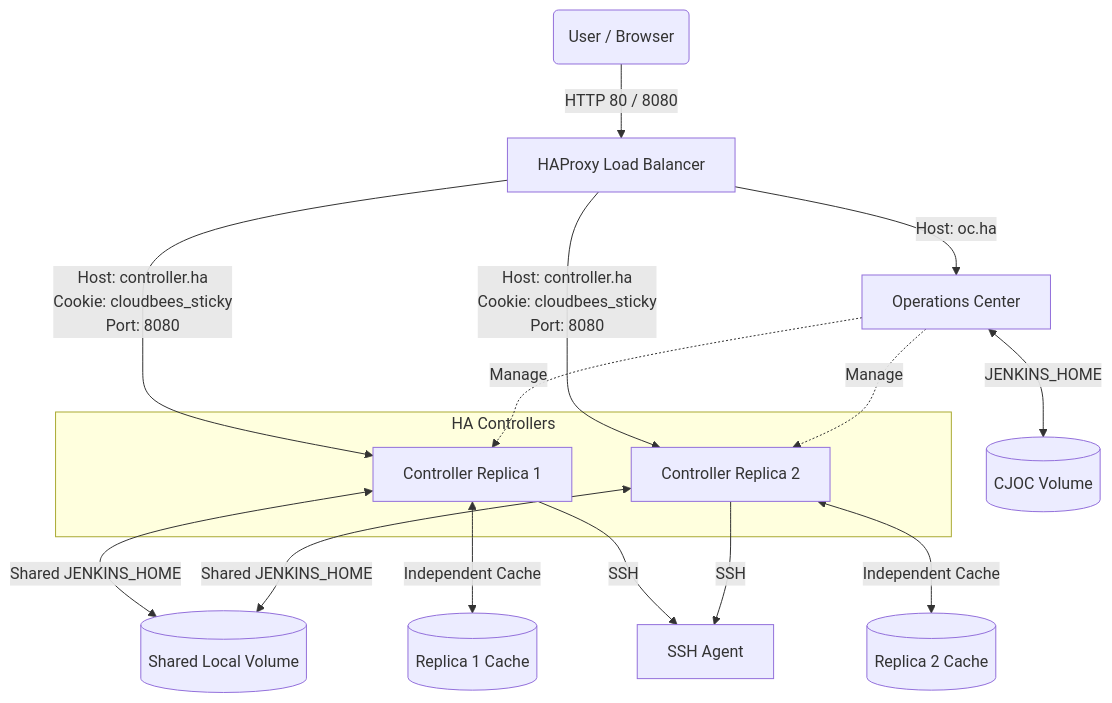
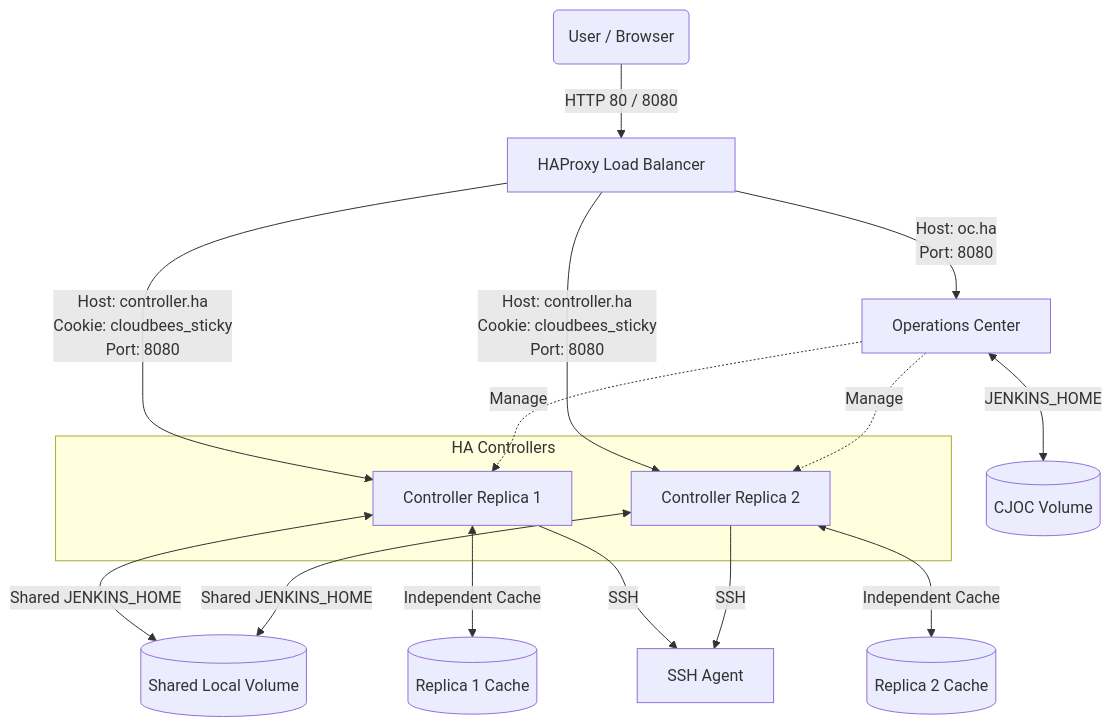
One commit to cb-ci/ci-traditional-ha changed the first of 3 diagrams in README.md. Above: the diagram before and after it, drawn with Mermaid. The commit also changed other lines of this file, not shown here.

Commit message:
docs: Add port information to HAProxy to Operations Center connections in Mermaid diagrams.

````diff
--- a/README.md
+++ b/README.md
@@ -25,27 +25,27 @@
 ```mermaid
 graph TD
     Client(User / Browser) -->|HTTP 80 / 8080| HAProxy[HAProxy Load Balancer]
     
-    HAProxy -->|Host: oc.ha| CJOC[Operations Center]
+    HAProxy -->|Host: oc.ha<br>Port: 8080| CJOC[Operations Center]
     
     subgraph HA_Controllers ["HA Controllers"]
         Controller1[Controller Replica 1]
         Controller2[Controller Replica 2]
     end
     
     HAProxy -->|Host: controller.ha<br>Cookie: cloudbees_sticky<br>Port: 8080| Controller1
     HAProxy -->|Host: controller.ha<br>Cookie: cloudbees_sticky<br>Port: 8080| Controller2
     
     CJOC <-->|JENKINS_HOME| CJOCHome[(CJOC Volume)]
     Controller1 <-->|Shared JENKINS_HOME| JenkinsHome[(Shared Local Volume)]
     Controller2 <-->|Shared JENKINS_HOME| JenkinsHome
     
     Controller1 <-->|Independent Cache| Cache1[(Replica 1 Cache)]
     Controller2 <-->|Independent Cache| Cache2[(Replica 2 Cache)]
     
     Controller1 -->|SSH| SSHAgent[SSH Agent]
     Controller2 -->|SSH| SSHAgent
     
     CJOC -.->|Manage| Controller1
     CJOC -.->|Manage| Controller2
 ```
````
